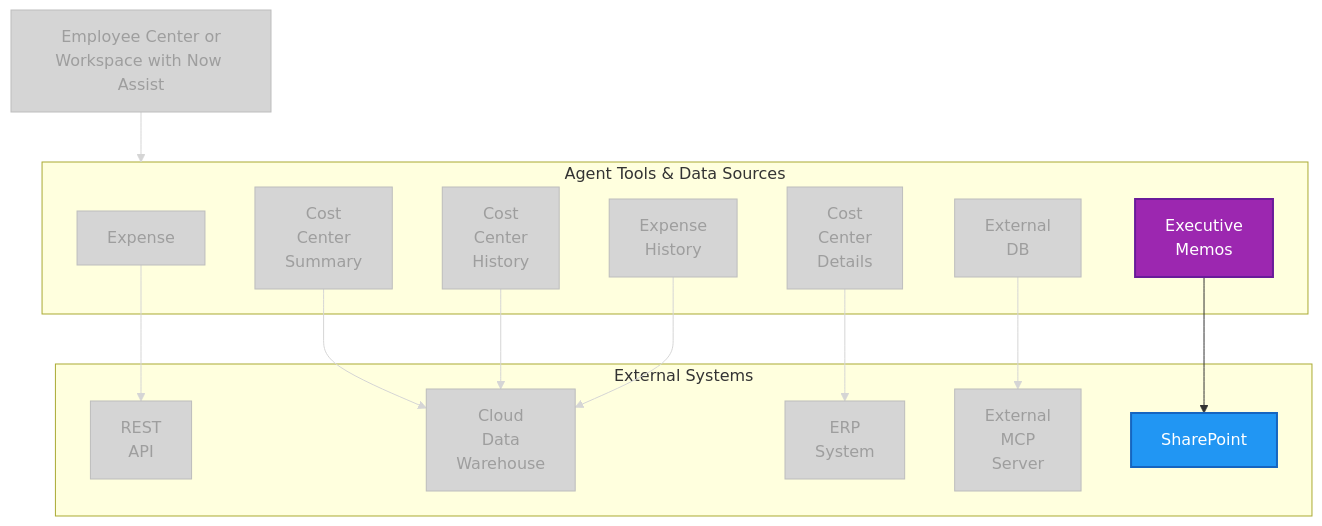
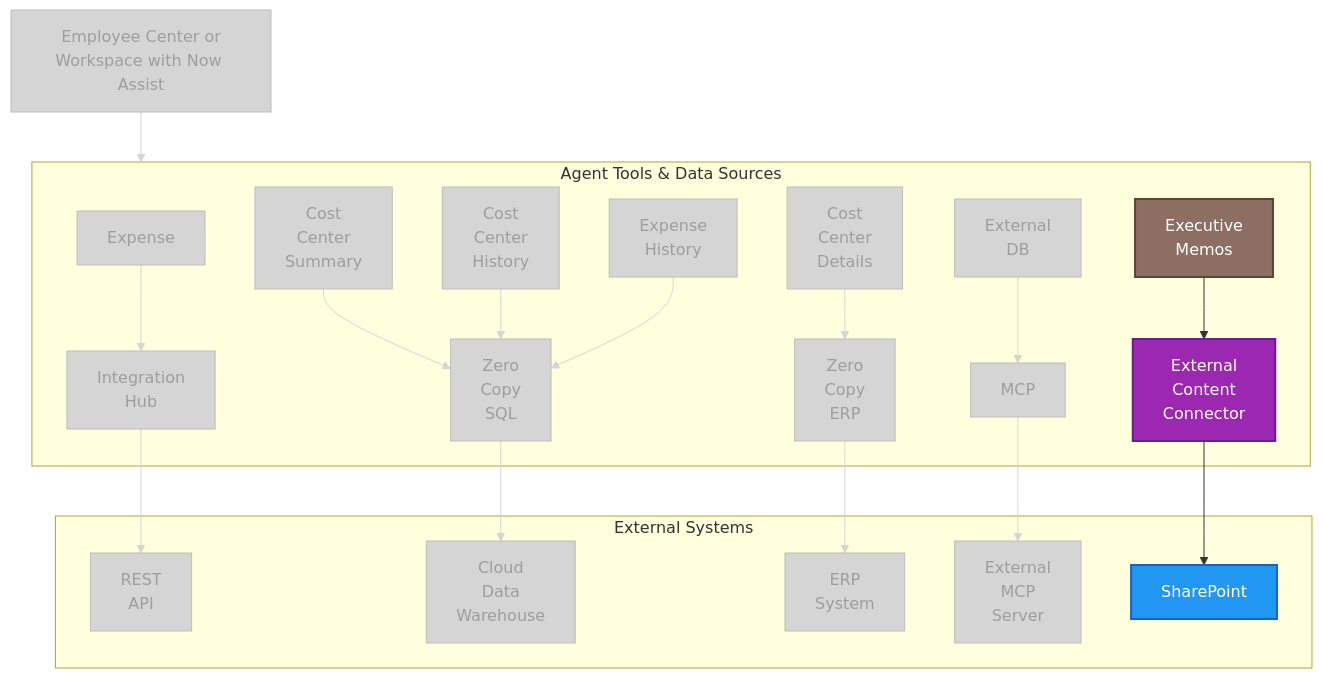
One commit to leojacinto/WorkflowDataFabric-TypeB changed the diagram in other-diagrams/outcome-agent-flow-external-content.md. Above: the diagram before and after it, drawn with Mermaid. The commit also changed other lines of this file and 19 other files, not shown here.

Commit message:
Add 3-layer structure with brown Data nodes, purple WDF tools, fix typo, update legends (skip Doc Intelligence)

````diff
--- a/other-diagrams/outcome-agent-flow-external-content.md
+++ b/other-diagrams/outcome-agent-flow-external-content.md
@@ -6,54 +6,66 @@
 ```mermaid
 graph TD
 
     EC[Employee Center or<br/>Workspace with Now Assist]
   
     subgraph TOOLS["Agent Tools & Data Sources"]
-        T1["Expense<br/>"]
+        T1["Expense"]
         T2["Cost<br/>Center<br/>Details"]
         T3["Cost<br/>Center<br/>Summary"]        
         T4["Cost<br/>Center<br/>History"]
         T5["Expense<br/>History"]
         T6["External<br/>DB"]
         T7["Executive<br/>Memos"]
+        S1["Integration<br>Hub"]
+        S2["Zero<br/>Copy<br/>ERP"]
+        S3["Zero<br/>Copy<br/>SQL"]        
+        S6["MCP"]
+        S7["External<br/>Content<br/>Connector"]
     end
 
     subgraph EXT["External Systems"]
         API["REST<br/>API"]
         CDW["Cloud<br/>Data<br/>Warehouse"]
         ERP["ERP<br>System"]
         MCP_EXT["External<br/>MCP<br/>Server"]
         SharePoint["SharePoint"]
     end
     
     EC --> TOOLS
-    T1 --> API
-    T2 --> ERP
-    T3 --> CDW
-    T4 --> CDW
-    T5 --> CDW
-    T6 --> MCP_EXT
-    T7 --> SharePoint
+    T1 --> S1 --> API
+    T2 --> S2 --> ERP
+    T3 --> S3 --> CDW
+    T4 --> S3 
+    T5 --> S3 
+    T6 --> S6 --> MCP_EXT
+    T7 --> S7 --> SharePoint
 
     %% Styling
     classDef external fill:#2196F3,stroke:#1565C0,stroke-width:2px,color:#fff
     classDef wdf fill:#9C27B0,stroke:#6A1B9A,stroke-width:2px,color:#fff
+    classDef data fill:#8D6E63,stroke:#5D4037,stroke-width:2px,color:#fff
     classDef greyed fill:#D5D5D5,stroke:#BDBDBD,stroke-width:1px,color:#9E9E9E
 
-    %% Highlight Executive Memos and SharePoint
-    class T7 wdf
+    %% Highlight Executive Memos → External Content Connector → SharePoint
+    class T7 data
+    class S7 wdf
     class SharePoint external
 
     %% Grey out everything else
     class EC,T1,T2,T3,T4,T5,T6 greyed
+    class S1,S2,S3,S6 greyed
     class API,CDW,ERP,MCP_EXT greyed
 
-    %% Grey out non-highlighted edges (0:EC→TOOLS, 1:T1→API, 2:T2→ERP, 3:T3→CDW, 4:T4→CDW, 5:T5→CDW, 6:T6→MCP_EXT)
+    %% Grey out non-highlighted edges (keep 11:T7→S7, 12:S7→SharePoint)
     linkStyle 0 stroke:#D5D5D5,stroke-width:1px
     linkStyle 1 stroke:#D5D5D5,stroke-width:1px
     linkStyle 2 stroke:#D5D5D5,stroke-width:1px
     linkStyle 3 stroke:#D5D5D5,stroke-width:1px
     linkStyle 4 stroke:#D5D5D5,stroke-width:1px
     linkStyle 5 stroke:#D5D5D5,stroke-width:1px
     linkStyle 6 stroke:#D5D5D5,stroke-width:1px
+    linkStyle 7 stroke:#D5D5D5,stroke-width:1px
+    linkStyle 8 stroke:#D5D5D5,stroke-width:1px
+    linkStyle 9 stroke:#D5D5D5,stroke-width:1px
+    linkStyle 10 stroke:#D5D5D5,stroke-width:1px
 ```
````
